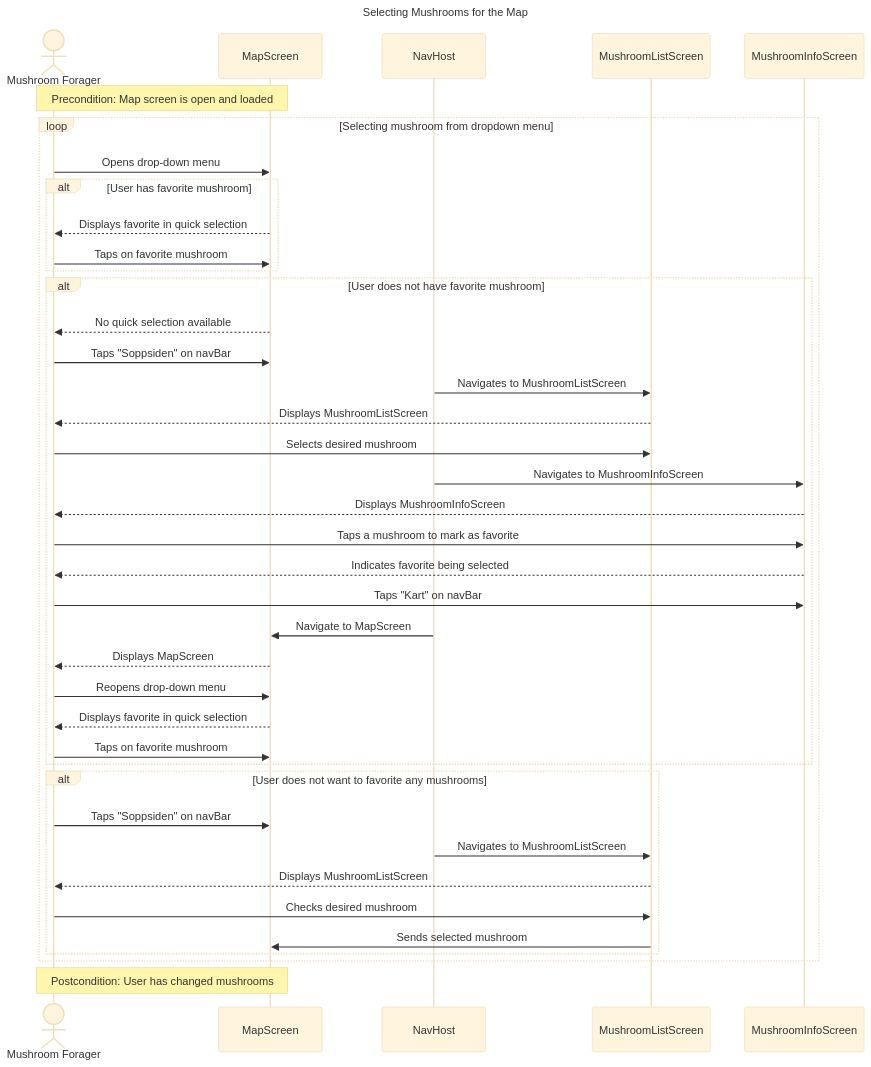
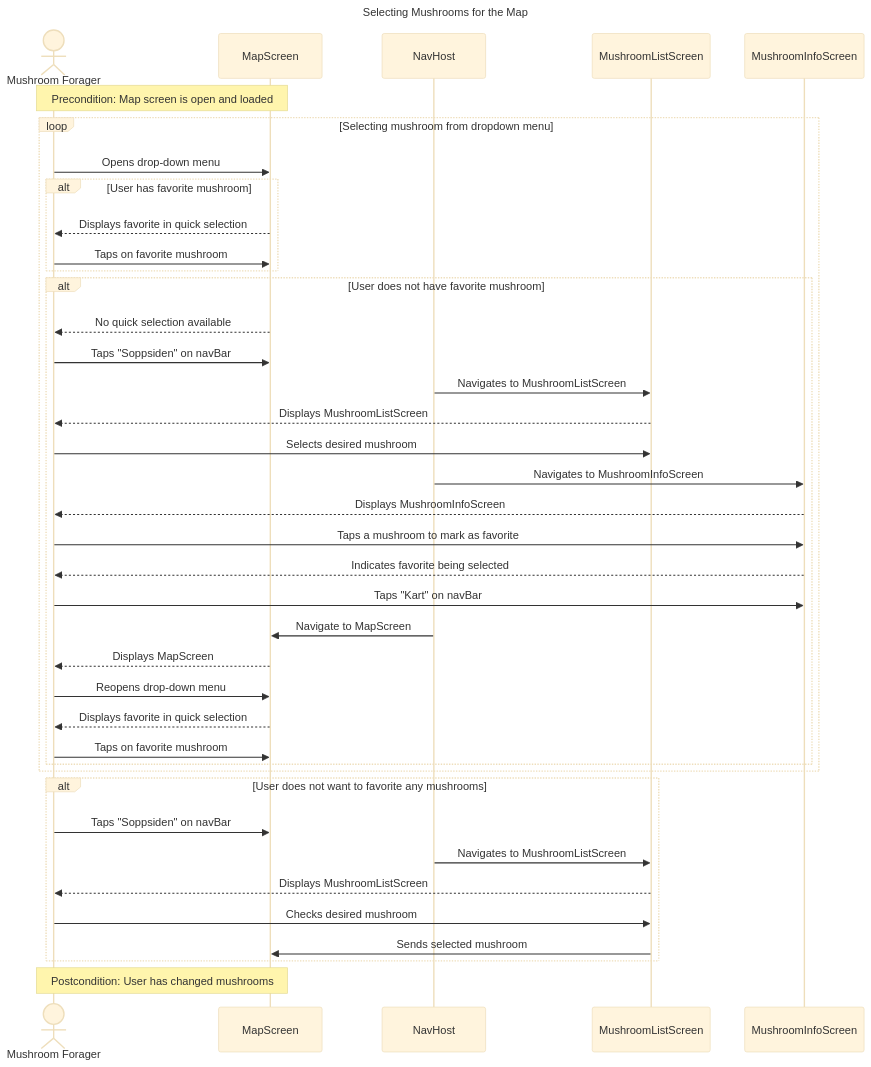
The second of 7 diagrams in MODELLING.md (ipo321/SoppFinnerApp), drawn with Mermaid (base theme) before and after one commit. The commit also changed other lines of this file, not shown here.

````diff
--- a/MODELLING.md
+++ b/MODELLING.md
@@ -348,59 +357,59 @@
 ```mermaid
 ---
 config:
   layout: elk
 ---
 sequenceDiagram
 
 
     actor Forager as Mushroom Forager
     participant MS as MapScreen
     participant NH as NavHost
     participant ML as MushroomListScreen
     participant MI as MushroomInfoScreen
     title Selecting Mushrooms for the Map
 
 
     Note over Forager,MS: Precondition: Map screen is open and loaded
     loop Selecting mushroom from dropdown menu
         Forager->>MS: Opens drop-down menu
         alt User has favorite mushroom
             MS-->>Forager: Displays favorite in quick selection
             Forager->>MS: Taps on favorite mushroom
            
            
            
     end
     alt User does not have favorite mushroom
          MS-->>Forager: No quick selection available
             Forager->>MS: Taps "Soppsiden" on navBar
             NH->>ML: Navigates to MushroomListScreen
             ML-->>Forager: Displays MushroomListScreen
             Forager->>ML: Selects desired mushroom
             NH->>MI: Navigates to MushroomInfoScreen
             MI-->>Forager: Displays MushroomInfoScreen
 
 
             Forager->>MI: Taps a mushroom to mark as favorite
             MI-->>Forager: Indicates favorite being selected
             Forager->>MI: Taps "Kart" on navBar
             NH->>MS: Navigate to MapScreen
             MS-->>Forager: Displays MapScreen
             Forager->>MS: Reopens drop-down menu
             MS-->>Forager: Displays favorite in quick selection
             Forager->>MS: Taps on favorite mushroom
 
 
     end
+    end
     alt User does not want to favorite any mushrooms
              Forager->>MS: Taps "Soppsiden" on navBar
             NH->>ML: Navigates to MushroomListScreen
             ML-->>Forager: Displays MushroomListScreen
             Forager->>ML: Checks desired mushroom
             ML->>MS: Sends selected mushroom
     end
-    end
 
     Note over Forager,MS: Postcondition: User has changed mushrooms
 
 ```
````
